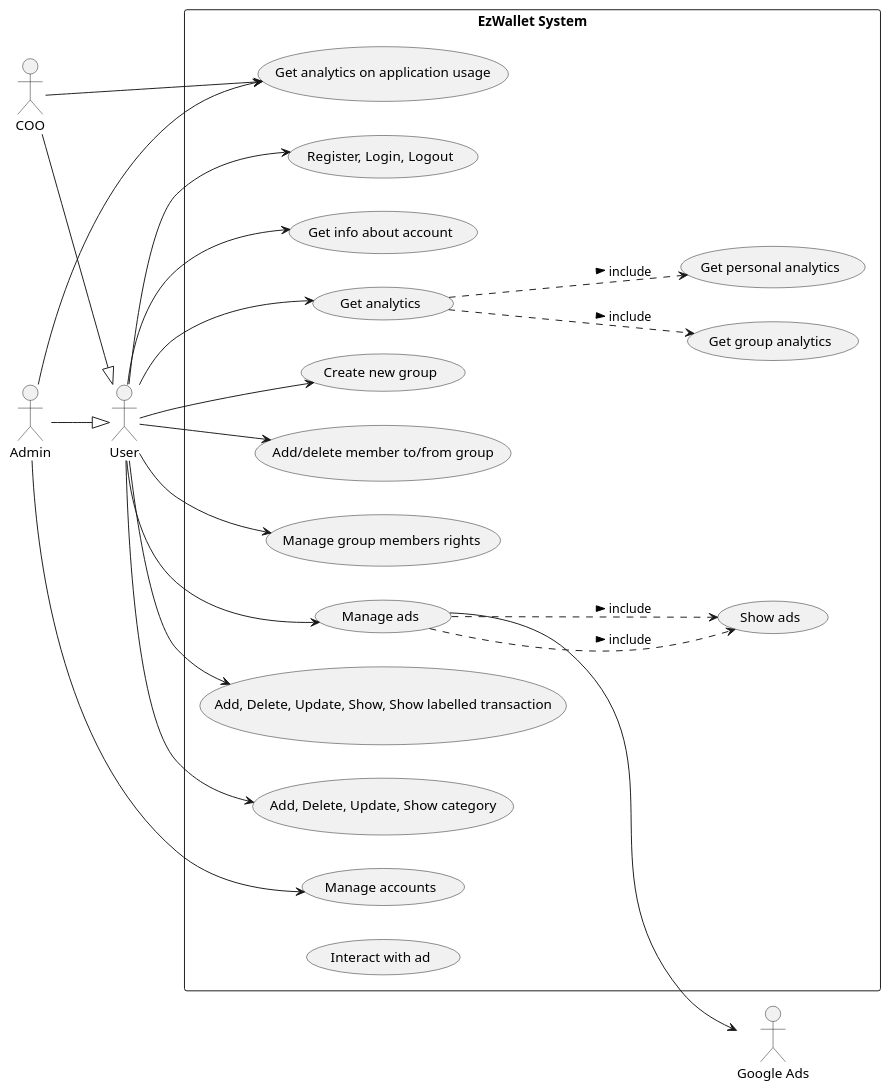
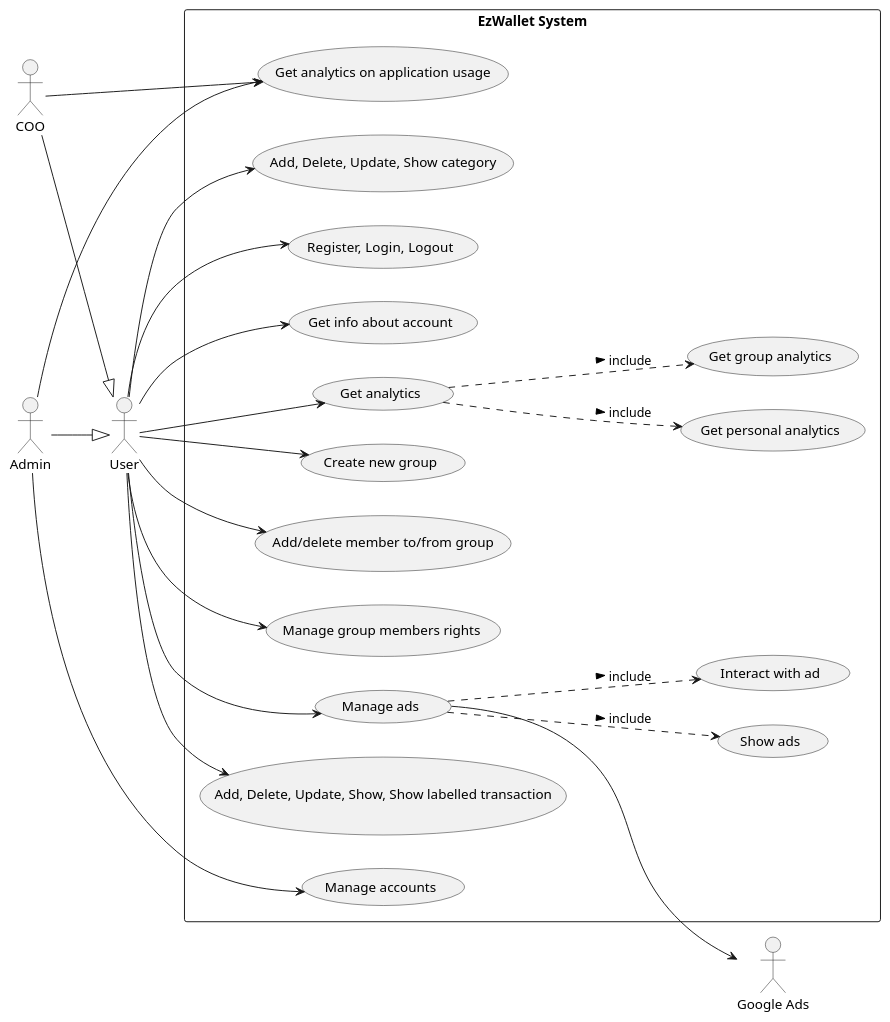
The second of 5 diagrams in RequirementsDocumentV2.md (lara-m2000/ezwallet), drawn with PlantUML before and after one commit.

````diff
--- a/RequirementsDocumentV2.md
+++ b/RequirementsDocumentV2.md
@@ -264,57 +264,57 @@
 ```plantuml
 @startuml
 left to right direction
 
 actor User
 actor COO
 actor Admin
 actor "Google Ads" as GAds
 
 Admin --|> User
 COO --|> User
 
 rectangle "EzWallet System" as System {
 	usecase "Add, Delete, Update, Show, Show labelled transaction" as Transaction
 	usecase "Register, Login, Logout" as Auth
 
 	usecase "Add, Delete, Update, Show category" as Category
 
 	usecase "Get info about account" as UUsers
 	usecase "Get analytics" as ShowAnalytics
 	usecase "Create new group" as CreateGroup
 	usecase "Add/delete member to/from group" as AddDeleteToGroup
 	usecase "Manage group members rights" as ManageMemberRights
 	usecase "Manage accounts" as ManageAccounts
 
 	usecase "Get analytics on application usage" as UsageAnalytics
 
 	usecase "Get personal analytics" as PAnalytics
 	usecase "Get group analytics" as GAnalytics
 
 	usecase "Manage ads" as ManAds
 	usecase "Show ads" as ShowAds
 	usecase "Interact with ad" as InteractAd
 }
 
 User -> Transaction
 User -> Category
 User -> Auth
 User --> UUsers
 User --> ShowAnalytics
 User --> CreateGroup
 User --> AddDeleteToGroup
 User --> ManageMemberRights
 User --> ManAds
 ManAds --> GAds
 Admin --> ManageAccounts
 Admin --> UsageAnalytics
 COO --> UsageAnalytics
 
 
 ShowAnalytics ..> PAnalytics : include >
 ShowAnalytics ..> GAnalytics : include >
 ManAds ..> ShowAds : include >
-ManAds ..> ShowAds : include >
+ManAds ..> InteractAd : include >
 
 @enduml
 ```
````
